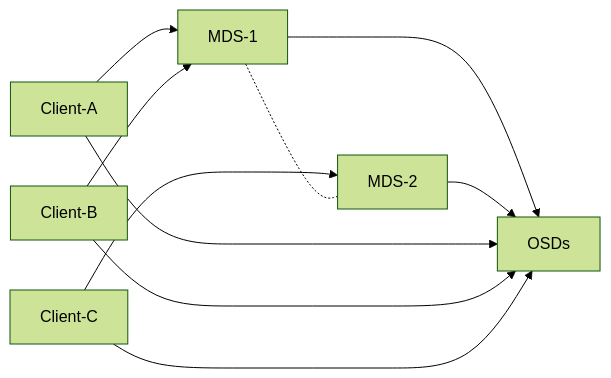
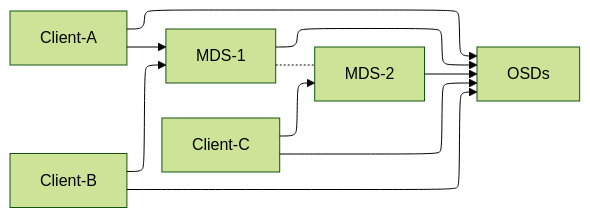
The fifth of 7 diagrams in content/1.docs/storage/ceph/architecture.md (galexrt/galexrt.github.io), drawn with Mermaid (forest theme) before and after one commit. The commit also changed other lines of this file and 16 other files, not shown here.

Commit message:
feat: improve mermaid chart component and make blog image big

````diff
--- a/content/1.docs/storage/ceph/architecture.md
+++ b/content/1.docs/storage/ceph/architecture.md
@@ -135,14 +148,18 @@
 ```mermaid
+---
+config:
+  layout: elk
+---
 graph LR
     Client-A --> MDS-1
     Client-B --> MDS-1
     Client-C ---> MDS-2
 
     MDS-1 -.- MDS-2
     MDS-1 --> OSDs
     MDS-2 --> OSDs
 
     Client-A ---> OSDs
     Client-B ---> OSDs
     Client-C ---> OSDs
 ```
````
